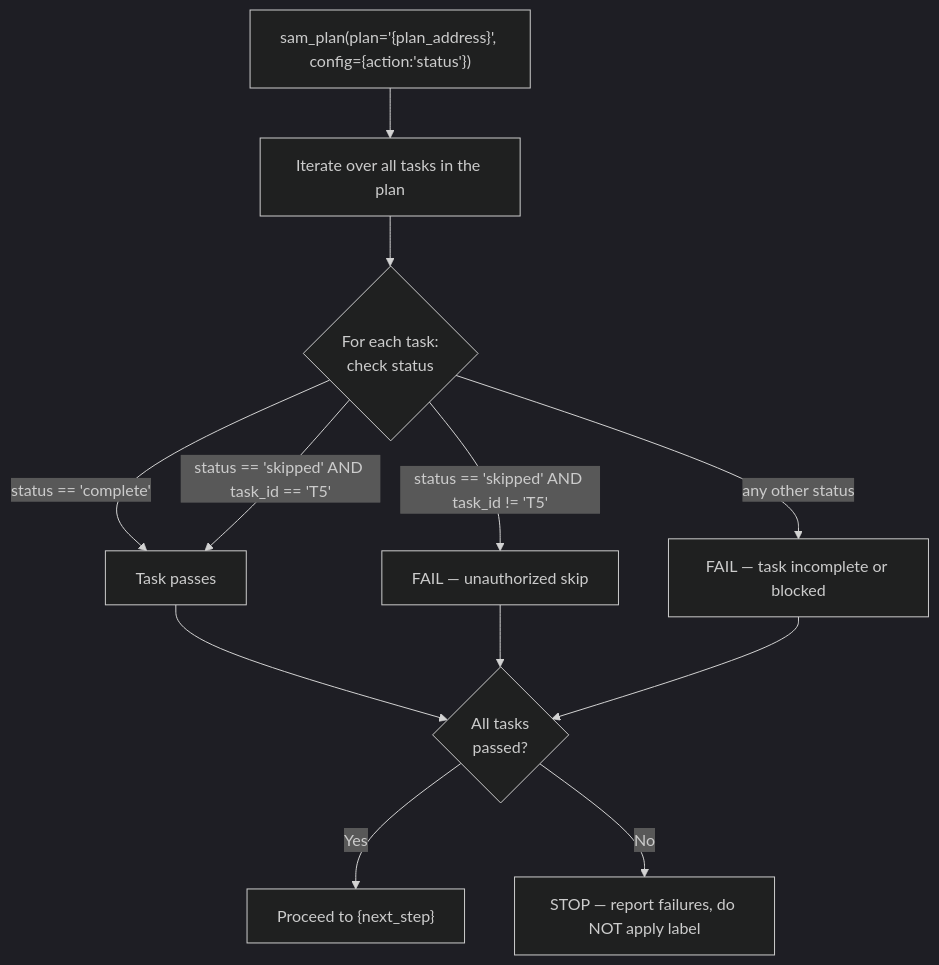
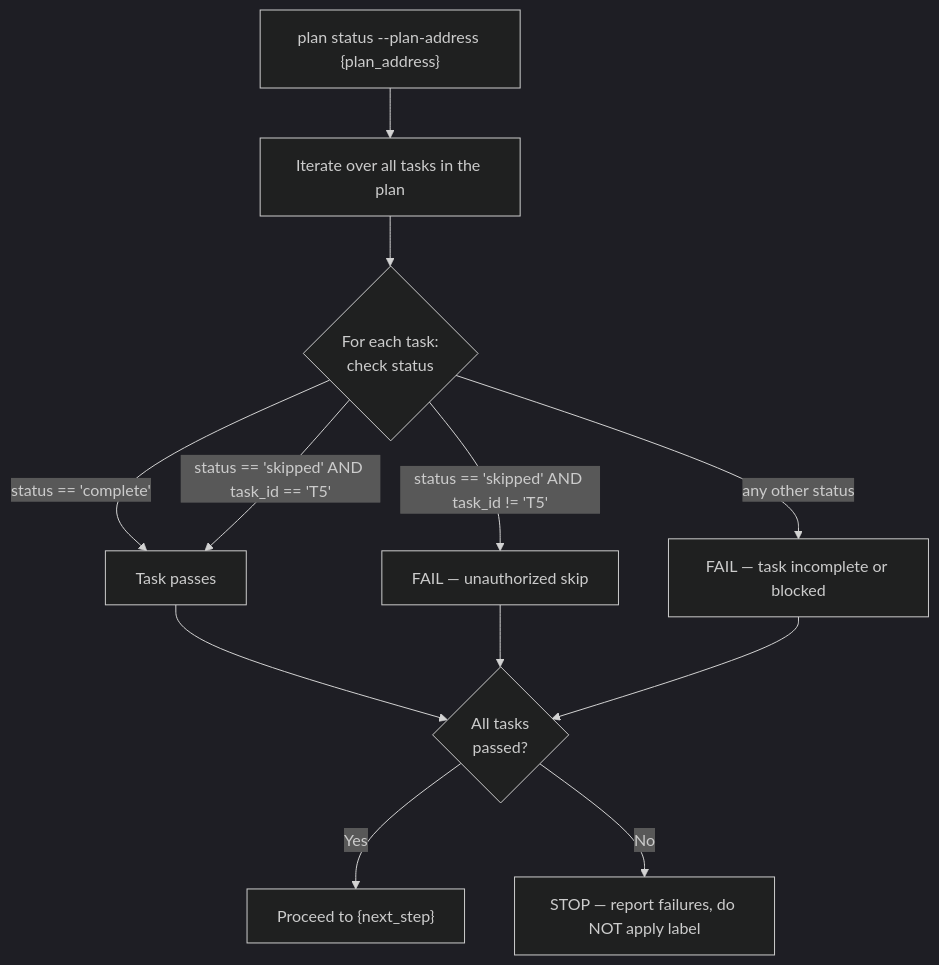
The diagram in plugins/development-harness/skills/complete-implementation/references/completion-verification-gate.md (Jamie-BitFlight/claude_skills), drawn with Mermaid (dark theme) before and after one commit. The commit also changed 26 other files, not shown here.

````diff
--- a/plugins/development-harness/skills/complete-implementation/references/completion-verification-gate.md
+++ b/plugins/development-harness/skills/complete-implementation/references/completion-verification-gate.md
@@ -15,14 +15,14 @@
 ```mermaid
 flowchart TD
-    Status["sam_plan(plan='{plan_address}', config={action:'status'})"] --> Iter["Iterate over all tasks in the plan"]
+    Status["plan status --plan-address {plan_address}"] --> Iter["Iterate over all tasks in the plan"]
     Iter --> Check{For each task:<br>check status}
     Check -->|"status == 'complete'"| PassTask["Task passes"]
     Check -->|"status == 'skipped' AND task_id == 'T5'"| PassTask
     Check -->|"status == 'skipped' AND task_id != 'T5'"| FailUnauth["FAIL — unauthorized skip"]
     Check -->|"any other status"| FailIncomplete["FAIL — task incomplete or blocked"]
     PassTask --> AllPassed{All tasks<br>passed?}
     AllPassed -->|Yes| Proceed["Proceed to {next_step}"]
     AllPassed -->|No| Stop["STOP — report failures, do NOT apply label"]
     FailUnauth --> AllPassed
     FailIncomplete --> AllPassed
 ```
````
